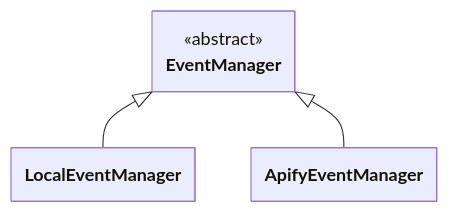
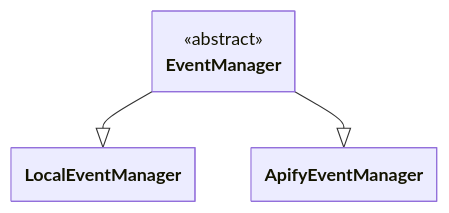
The fifth of 5 diagrams in docs/guides/architecture_overview.mdx (apify/crawlee-python), drawn with Mermaid before and after one commit. The commit also changed other lines of this file and 9 other files, not shown here.

````diff
--- a/docs/guides/architecture_overview.mdx
+++ b/docs/guides/architecture_overview.mdx
@@ -355,32 +355,32 @@
 ```mermaid
 ---
 config:
     class:
         hideEmptyMembersBox: true
 ---
 
 classDiagram
 
 %% ========================
 %% Abstract classes
 %% ========================
 
 class EventManager {
     <<abstract>>
 }
 
 %% ========================
 %% Specific classes
 %% ========================
 
 class LocalEventManager
 
 class ApifyEventManager
 
 %% ========================
 %% Inheritance arrows
 %% ========================
 
-EventManager <|-- LocalEventManager
-EventManager <|-- ApifyEventManager
+EventManager --|> LocalEventManager
+EventManager --|> ApifyEventManager
 ```
````
